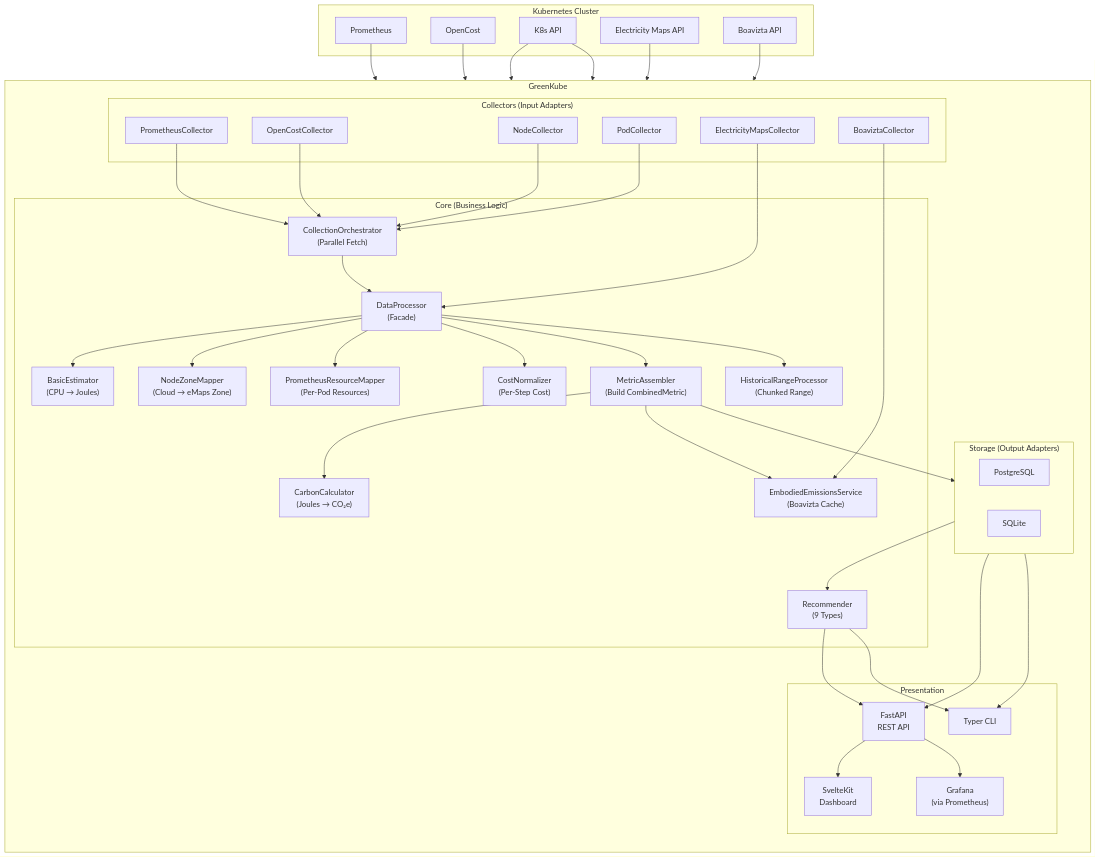
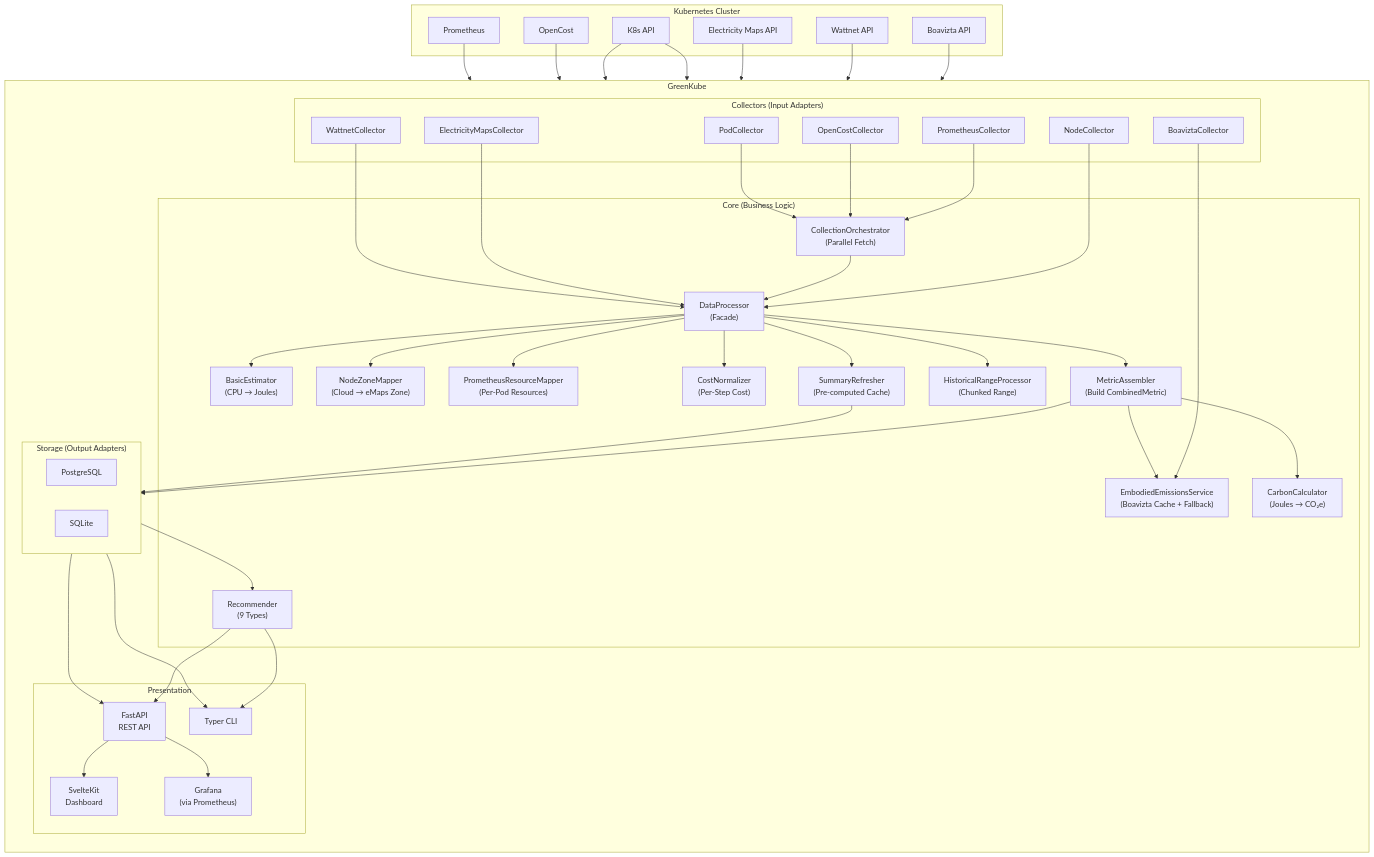
Before and after one commit to GreenKubeCloud/GreenKube: the diagram in docs/architecture.md, drawn with Mermaid. The commit also changed other lines of this file and 21 other files, not shown here.

Commit message:
chore: publish helm chart v0.3.0

```diff
--- a/docs/architecture.md
+++ b/docs/architecture.md
@@ -11,6 +11,7 @@
         OC["OpenCost"]
         K8sAPI["K8s API"]
         EM["Electricity Maps API"]
+        WN["Wattnet API"]
         Boavizta["Boavizta API"]
     end
 
@@ -22,6 +23,7 @@
             NC["NodeCollector"]
             PodC["PodCollector"]
             EMC["ElectricityMapsCollector"]
+            WNC["WattnetCollector"]
             BC["BoaviztaCollector"]
         end
 
@@ -34,7 +36,8 @@
             NZM["NodeZoneMapper<br/>(Cloud → eMaps Zone)"]
             PRM["PrometheusResourceMapper<br/>(Per-Pod Resources)"]
             CN["CostNormalizer<br/>(Per-Step Cost)"]
-            ESvc["EmbodiedEmissionsService<br/>(Boavizta Cache)"]
+            ESvc["EmbodiedEmissionsService<br/>(Boavizta Cache + Fallback)"]
+            SR["SummaryRefresher<br/>(Pre-computed Cache)"]
             HRP["HistoricalRangeProcessor<br/>(Chunked Range)"]
             Rec["Recommender<br/>(9 Types)"]
         end
@@ -57,15 +60,17 @@
     K8sAPI --> NC
     K8sAPI --> PodC
     EM --> EMC
+    WN --> WNC
     Boavizta --> BC
 
     PC --> CO
     OCC --> CO
-    NC --> CO
     PodC --> CO
+    NC --> DP
 
     CO --> DP
     EMC --> DP
+    WNC --> DP
     BC --> ESvc
 
     DP --> Est
@@ -74,10 +79,12 @@
     DP --> CN
     DP --> MA
     DP --> HRP
+    DP --> SR
 
     MA --> Calc
     MA --> ESvc
     MA --> Storage
+    SR --> Storage
 
     Storage --> API
     Storage --> CLI
```
